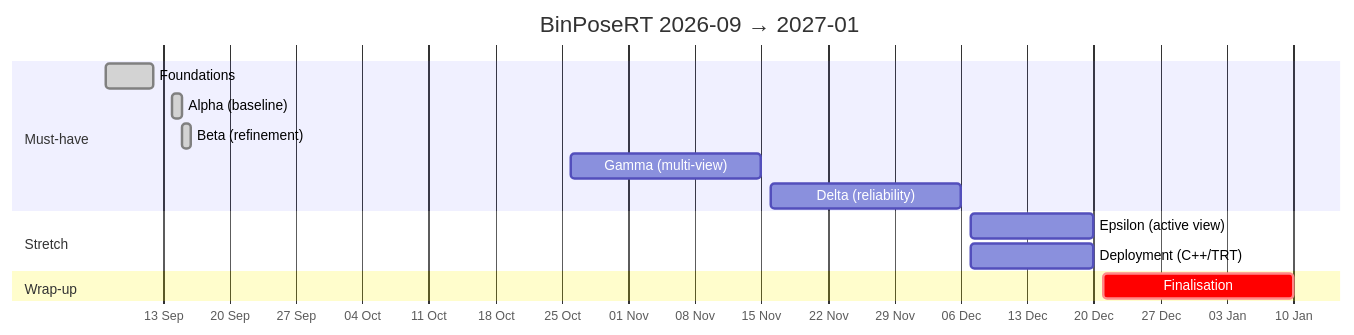
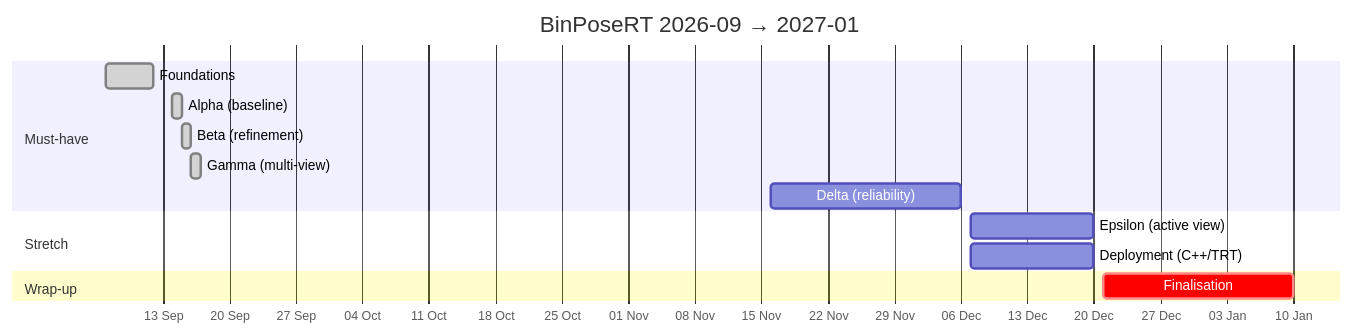
One commit to ahmadmasood43/BinPoseRT changed the diagram in docs/MILESTONES.md. Above: the diagram before and after it, drawn with Mermaid. The commit also changed other lines of this file and 55 other files, not shown here.

````diff
--- a/docs/MILESTONES.md
+++ b/docs/MILESTONES.md
@@ -29,17 +29,17 @@
 ```mermaid
 gantt
     title BinPoseRT 2026-09 → 2027-01
     dateFormat  YYYY-MM-DD
     axisFormat  %d %b
     section Must-have
     Foundations            :done,    m1, 2026-09-07, 2026-09-12
     Alpha (baseline)       :done,    m2, 2026-09-14, 2026-09-15
     Beta (refinement)      :done,    m3, 2026-09-15, 2026-09-16
-    Gamma (multi-view)     :         m4, 2026-10-26, 2026-11-15
+    Gamma (multi-view)     :done,    m4, 2026-09-16, 2026-09-17
     Delta (reliability)    :         m5, 2026-11-16, 2026-12-06
     section Stretch
     Epsilon (active view)  :         m6, 2026-12-07, 2026-12-20
     Deployment (C++/TRT)   :         m7, 2026-12-07, 2026-12-20
     section Wrap-up
     Finalisation           :crit,    m8, 2026-12-21, 2027-01-10
 ```
````
